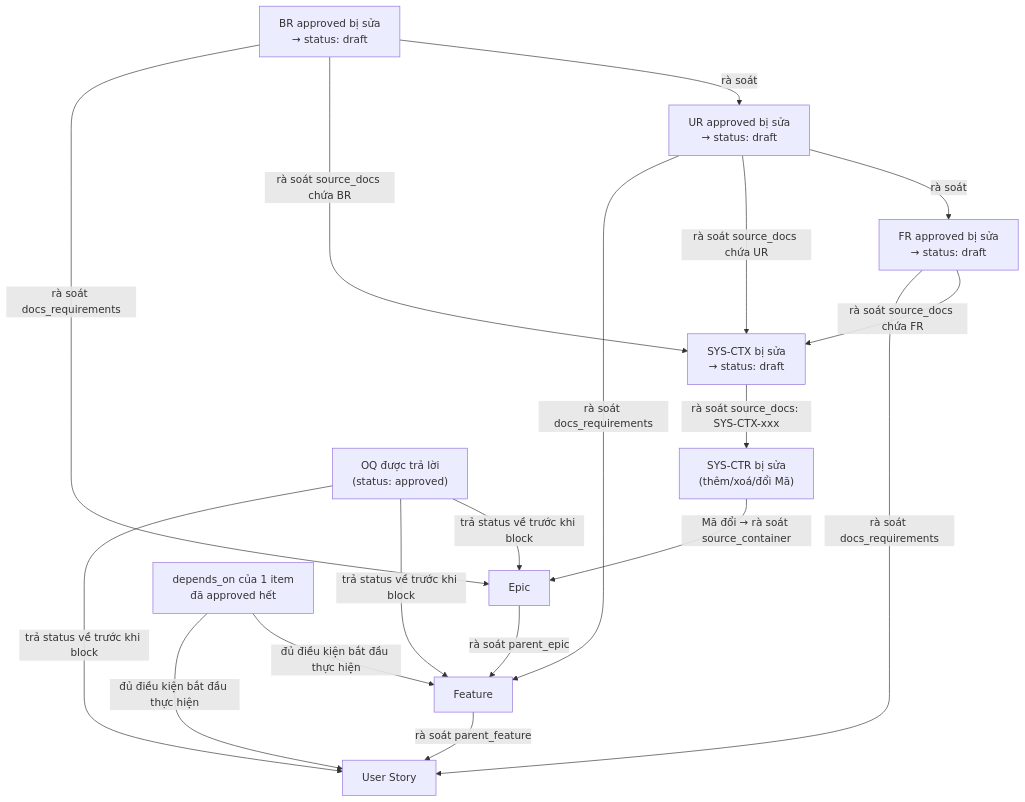
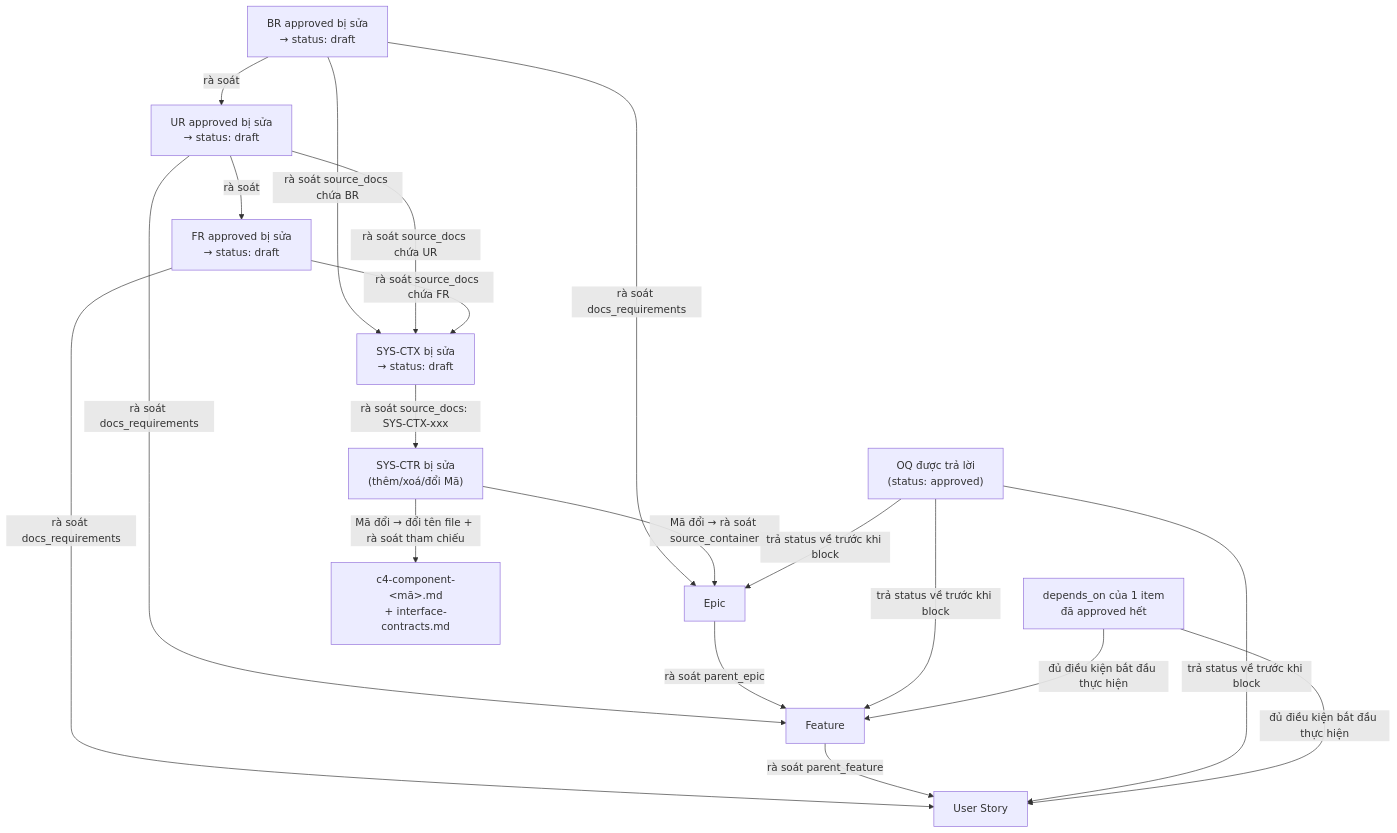
The second of 2 diagrams in AGENTS.md (elsieej/spec-kit-template), drawn with Mermaid before and after one commit. The commit also changed other lines of this file, not shown here.

````diff
--- a/AGENTS.md
+++ b/AGENTS.md
@@ -174,31 +183,32 @@
 ```mermaid
 flowchart TD
     BR["BR approved bị sửa<br/>→ status: draft"]
     UR["UR approved bị sửa<br/>→ status: draft"]
     FR["FR approved bị sửa<br/>→ status: draft"]
     CTX["SYS-CTX bị sửa<br/>→ status: draft"]
     CTR["SYS-CTR bị sửa<br/>(thêm/xoá/đổi Mã)"]
     EPIC["Epic"]
     FEAT["Feature"]
     US["User Story"]
     OQ["OQ được trả lời<br/>(status: approved)"]
     DEP["depends_on của 1 item<br/>đã approved hết"]
 
     BR -->|rà soát| UR
     BR -->|rà soát source_docs chứa BR| CTX
     BR -->|rà soát docs_requirements| EPIC
     UR -->|rà soát| FR
     UR -->|rà soát source_docs chứa UR| CTX
     UR -->|rà soát docs_requirements| FEAT
     FR -->|rà soát source_docs chứa FR| CTX
     FR -->|rà soát docs_requirements| US
     CTX -->|rà soát source_docs: SYS-CTX-xxx| CTR
     CTR -->|Mã đổi → rà soát source_container| EPIC
+    CTR -->|Mã đổi → đổi tên file + rà soát tham chiếu| CMPIFC["c4-component-&lt;mã&gt;.md<br/>+ interface-contracts.md"]
     EPIC -->|rà soát parent_epic| FEAT
     FEAT -->|rà soát parent_feature| US
     OQ -->|trả status về trước khi block| EPIC
     OQ -->|trả status về trước khi block| FEAT
     OQ -->|trả status về trước khi block| US
     DEP -->|đủ điều kiện bắt đầu thực hiện| FEAT
     DEP -->|đủ điều kiện bắt đầu thực hiện| US
 ```
````
